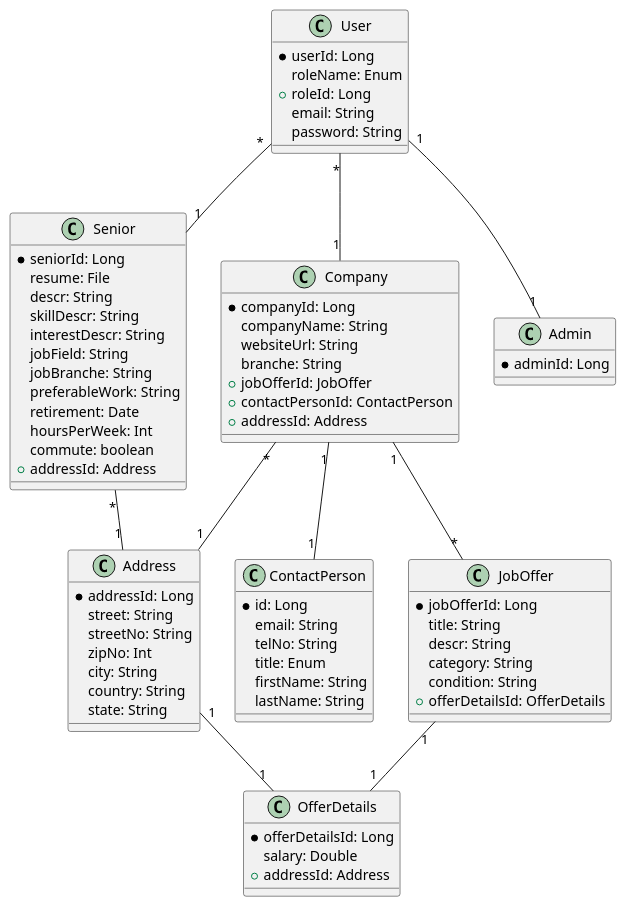
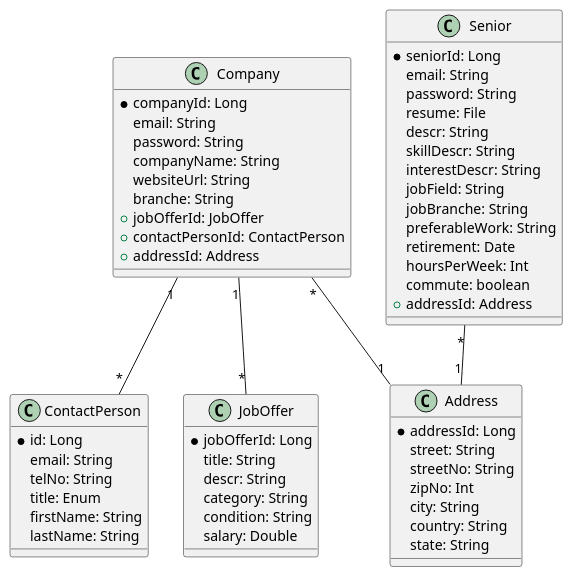
One commit to kalinkesilvio/senior-talents changed the diagram in asciidocs/senior-talents-erd.puml. Above: the diagram before and after it, drawn with PlantUML.

Commit message:
Changes by jratz, updated uml

```diff
--- a/asciidocs/senior-talents-erd.puml
+++ b/asciidocs/senior-talents-erd.puml
@@ -1,77 +1,61 @@
 @startuml
 
-class User {
-    * userId: Long
-    roleName: Enum
-    + roleId: Long
-    email: String
-    password: String
-}
 class ContactPerson {
     * id: Long
     email: String
     telNo: String
     title: Enum
     firstName: String
     lastName: String
 }
 class JobOffer {
     * jobOfferId: Long
     title: String
     descr: String
     category: String
     condition: String
-    + offerDetailsId: OfferDetails
-}
-class OfferDetails {
-    * offerDetailsId: Long
     salary: Double
-    + addressId: Address
 }
 class Company {
     * companyId: Long
+    email: String
+    password: String
     companyName: String
     websiteUrl: String
     branche: String
     + jobOfferId: JobOffer
     + contactPersonId: ContactPerson
     + addressId: Address
 }
 class Address {
     * addressId: Long
     street: String
     streetNo: String
     zipNo: Int
     city: String
     country: String
     state: String
 }
 class Senior {
     * seniorId: Long
+    email: String
+    password: String
     resume: File
     descr: String
     skillDescr: String
     interestDescr: String
     jobField: String
     jobBranche: String
     preferableWork: String
     retirement: Date
     hoursPerWeek: Int
     commute: boolean
     + addressId: Address
 }
-class Admin {
-    * adminId: Long
-}
 
-User "*" -- "1" Company
-User "*" -- "1" Senior
-User "1" -- "1" Admin
-JobOffer "1" -- "1" OfferDetails
 Company "1" -- "*" JobOffer
-Company "1" -- "1" ContactPerson
+Company "1" -- "*" ContactPerson
 Senior "*" -- "1" Address
 Company "*" -- "1" Address
-OfferDetails "1" -left-- "1" Address
 
 @enduml
```
